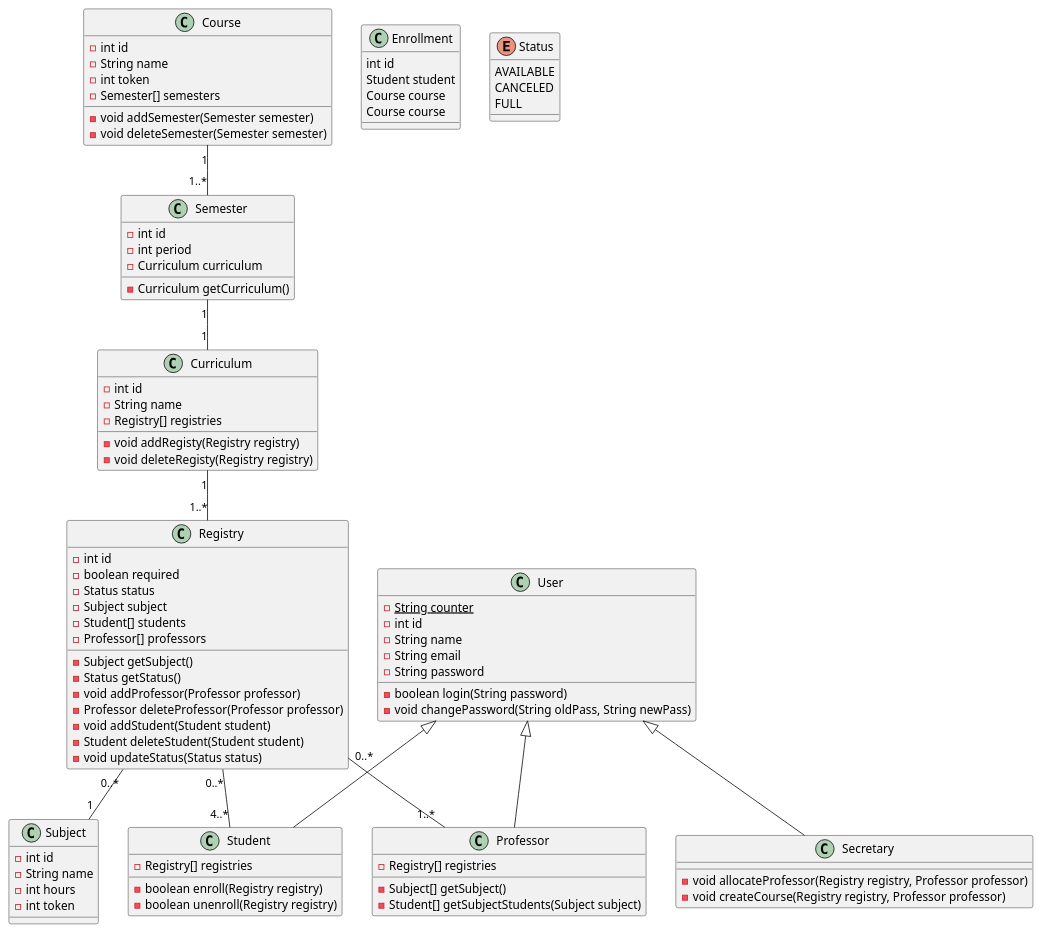
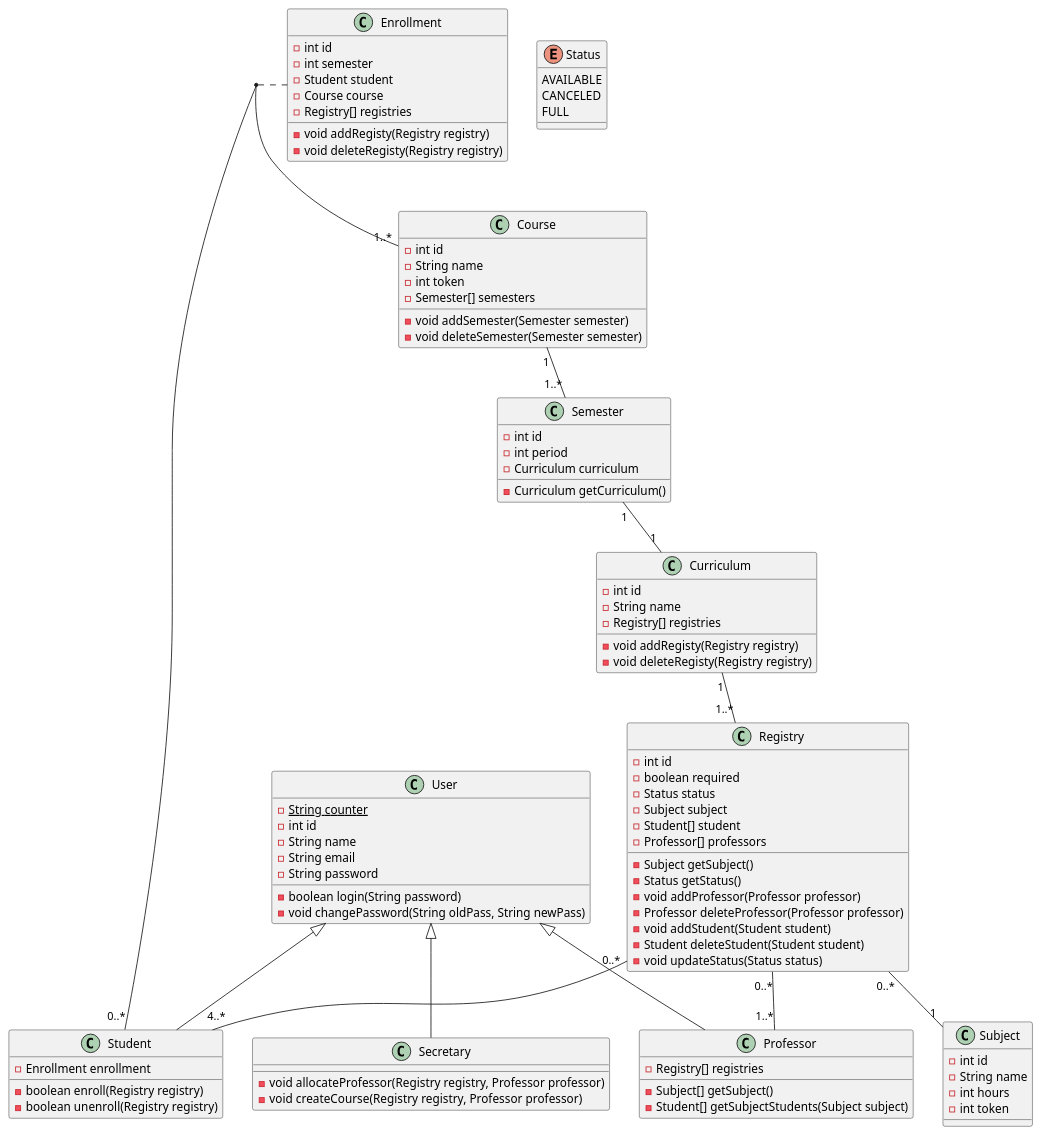
Before and after one commit to migueltico2/laboratorio-de-desenvolvimento-de-software: the diagram in projeto 1/project/classDiagram.plantuml, drawn with PlantUML.

Commit message:
feat: add enrollment

```diff
--- a/projeto 1/project/classDiagram.plantuml
+++ b/projeto 1/project/classDiagram.plantuml
@@ -1,92 +1,97 @@
 @startuml
 
 class User {
     -{static} String counter
     -int id
     -String name
     -String email
     -String password
     -boolean login(String password)
     -void changePassword(String oldPass, String newPass)
 }
 class Student {
-    -Registry[] registries
+    -Enrollment enrollment
     -boolean enroll(Registry registry)
     -boolean unenroll(Registry registry)
 }
 class Professor {
     -Registry[] registries
     -Subject[] getSubject()
     -Student[] getSubjectStudents(Subject subject)
 }
 class Secretary {
     -void allocateProfessor(Registry registry, Professor professor)
     -void createCourse(Registry registry, Professor professor)
 }
 class Enrollment {
-    int id
-    Student student
-    Course course
-    Course course
+    -int id
+    -int semester
+    -Student student
+    -Course course
+    -Registry[] registries
+    -void addRegisty(Registry registry)
+    -void deleteRegisty(Registry registry)
 }
 class Course {
     -int id
     -String name
     -int token
     -Semester[] semesters
     -void addSemester(Semester semester)
     -void deleteSemester(Semester semester)
 }
 class Semester {
     -int id
     -int period
     -Curriculum curriculum
     -Curriculum getCurriculum()
 }
 class Curriculum {
     -int id
     -String name
     -Registry[] registries
     -void addRegisty(Registry registry)
     -void deleteRegisty(Registry registry)
 }
 class Subject {
     -int id
     -String name
     -int hours
     -int token
 }
 class Registry {
     -int id
     -boolean required
     -Status status
     -Subject subject
-    -Student[] students
+    -Student[] student
     -Professor[] professors
     -Subject getSubject()
     -Status getStatus()
     -void addProfessor(Professor professor)
     -Professor deleteProfessor(Professor professor)
     -void addStudent(Student student)
     -Student deleteStudent(Student student)
     -void updateStatus(Status status)
 }
 
 enum Status {
     AVAILABLE
     CANCELED
     FULL
 }
 
 User <|-- Student
 User <|-- Professor
 User <|-- Secretary
 
 Course "1" -- "1..*" Semester
 Semester "1" -- "1" Curriculum
 Curriculum "1" -- "1..*" Registry
 Registry "0..*" -- "1" Subject
+Student "0..*" -- "1..*" Course
+(Student, Course) . Enrollment
 Registry "0..*" -- "4..*" Student
 Registry "0..*" -- "1..*" Professor
 
 @enduml
```
